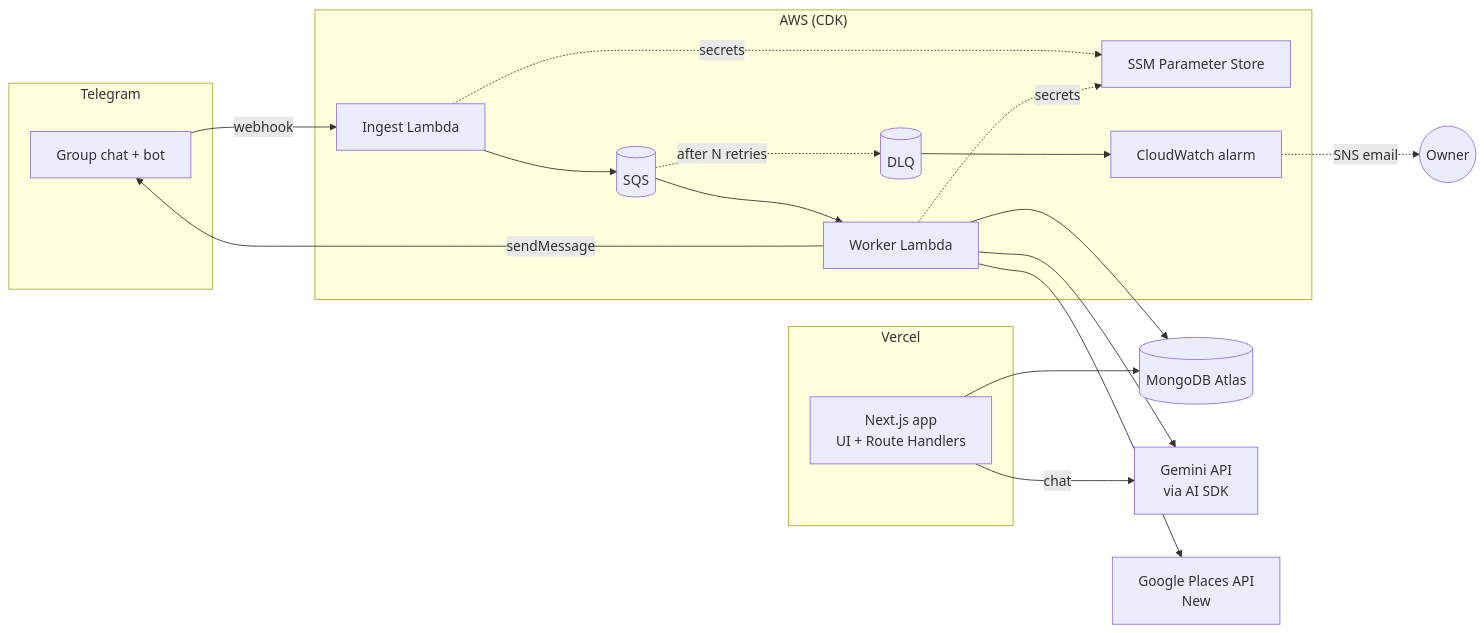
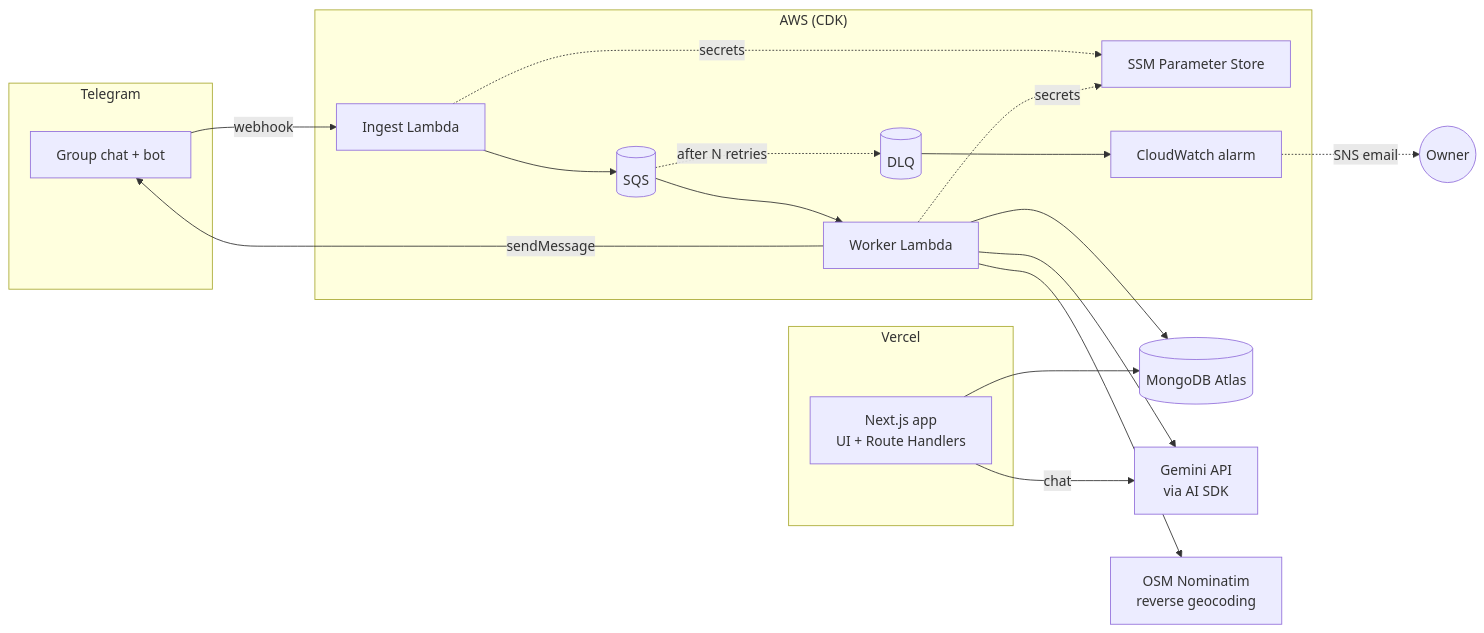
One commit to btrongtin/angiday changed the first of 3 diagrams in docs/architecture.md. Above: the diagram before and after it, drawn with Mermaid. The commit also changed other lines of this file and 8 other files, not shown here.

Commit message:
feat/update: update docs flow, remove google map api usage

````diff
--- a/docs/architecture.md
+++ b/docs/architecture.md
@@ -7,34 +7,34 @@
 ```mermaid
 flowchart LR
   subgraph Telegram
     TG[Group chat + bot]
   end
 
   subgraph AWS["AWS (CDK)"]
     IL[Ingest Lambda]
     Q[(SQS)]
     DLQ[(DLQ)]
     WL[Worker Lambda]
     SSM[SSM Parameter Store]
     CW[CloudWatch alarm]
   end
 
   subgraph Vercel
     WEB[Next.js app<br/>UI + Route Handlers]
   end
 
   DB[(MongoDB Atlas)]
   LLM[Gemini API<br/>via AI SDK]
-  MAPS[Google Places API<br/>New]
+  MAPS[OSM Nominatim<br/>reverse geocoding]
 
   TG -->|webhook| IL --> Q --> WL
   Q -.after N retries.-> DLQ --> CW
   WL --> MAPS
   WL --> LLM
   WL --> DB
   WL -->|sendMessage| TG
   WEB --> DB
   WEB -->|chat| LLM
   IL & WL -.secrets.-> SSM
   CW -.SNS email.-> OWNER((Owner))
 ```
````
